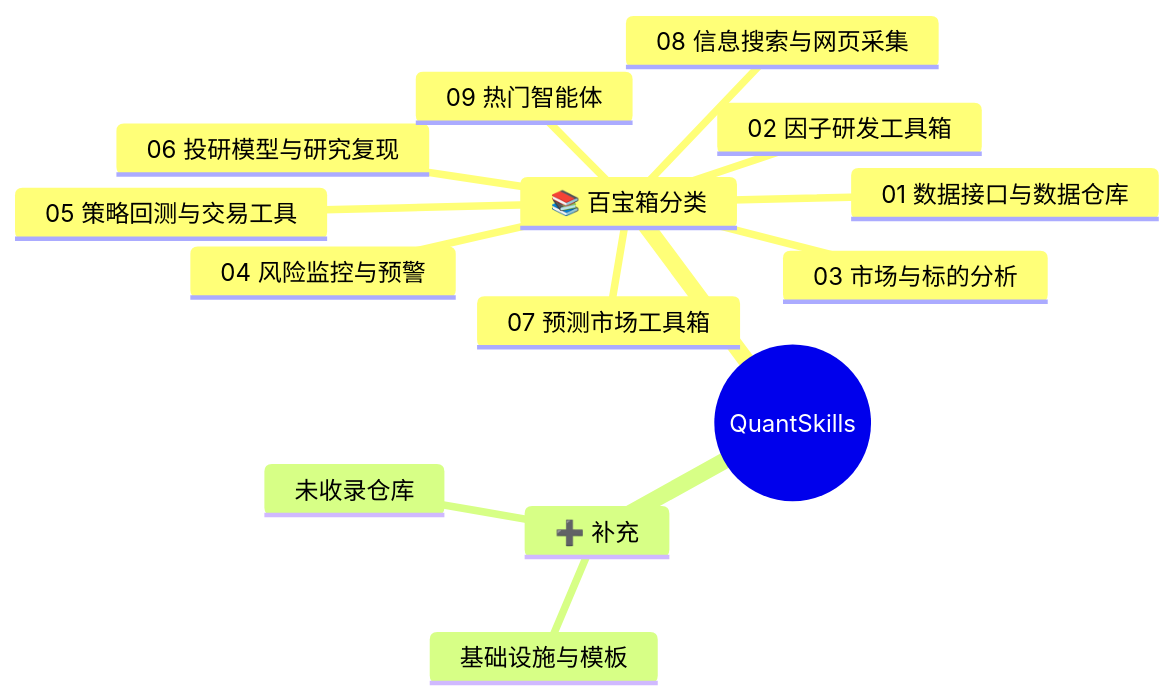
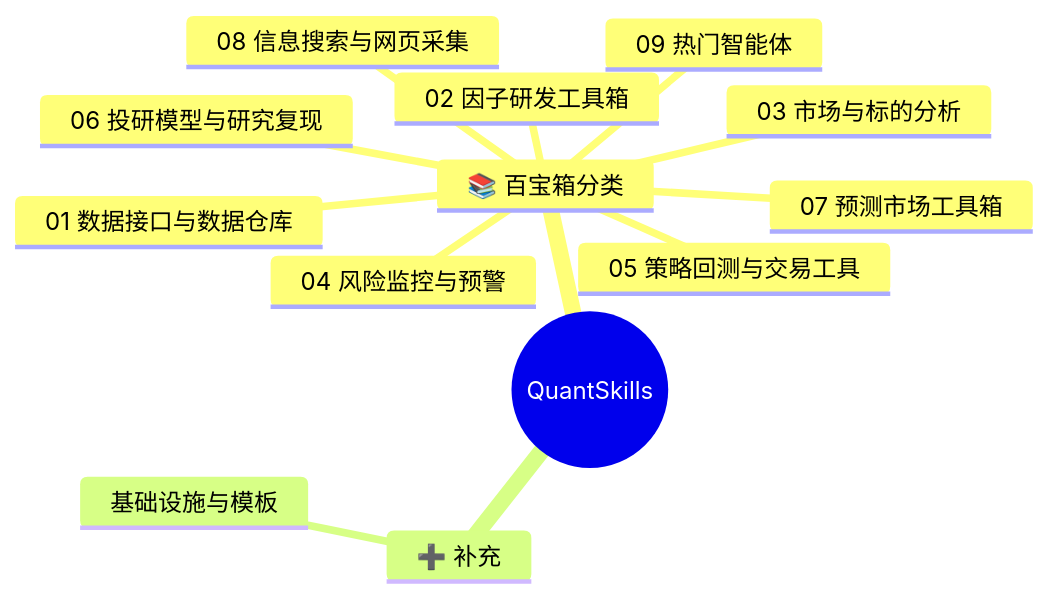
The diagram in README.md (quantskills/quantskills), drawn with Mermaid before and after one commit. The commit also changed other lines of this file and 2 other files, not shown here.

````diff
--- a/README.md
+++ b/README.md
@@ -14,17 +14,16 @@
 ```mermaid
 mindmap
   root((QuantSkills))
     📚 百宝箱分类
       01 数据接口与数据仓库
       02 因子研发工具箱
       03 市场与标的分析
       04 风险监控与预警
       05 策略回测与交易工具
       06 投研模型与研究复现
       07 预测市场工具箱
       08 信息搜索与网页采集
       09 热门智能体
     ➕ 补充
-      未收录仓库
       基础设施与模板
 ```
````
